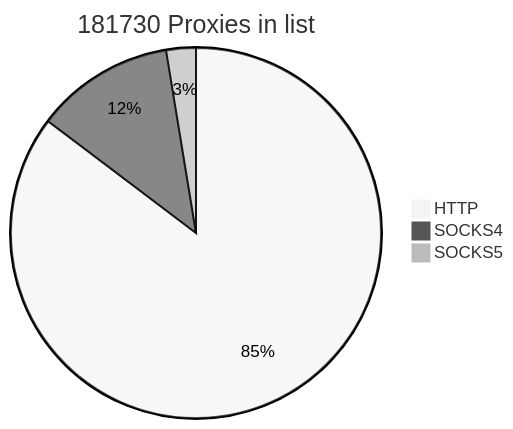
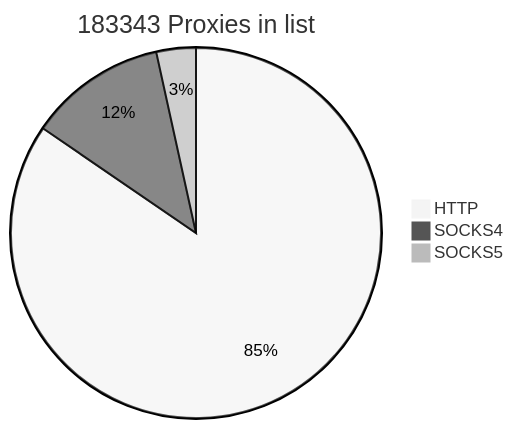
Before and after one commit to cutipu/proxylist: the first of 2 diagrams in README.md, drawn with Mermaid (neutral theme). The commit also changed other lines of this file, not shown here.

````diff
--- a/README.md
+++ b/README.md
@@ -2,7 +2,7 @@
 ```mermaid
-pie title 181730 Proxies in list
+pie title 183343 Proxies in list
     "HTTP" : 155016
-    "SOCKS4" : 22010
-    "SOCKS5" : 4704
+    "SOCKS4" : 22009
+    "SOCKS5" : 6318
             
 ```
````
